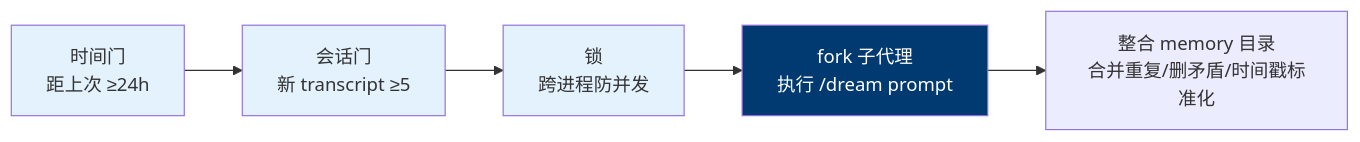
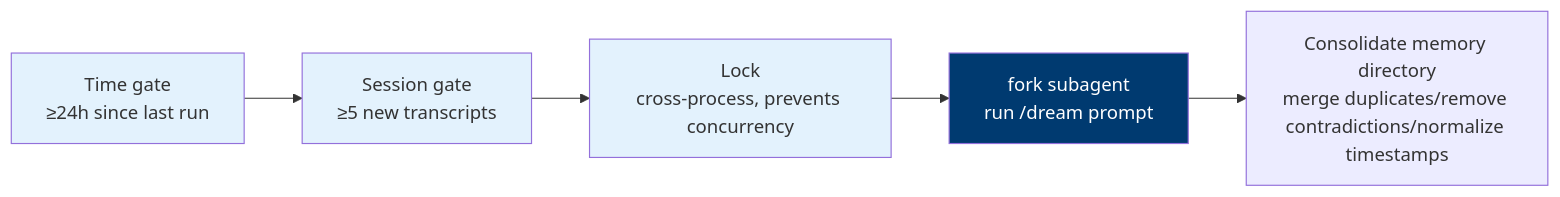
Diagram 15 of 46 in README.md (holny/Agent-Harness-Develop-Book), drawn with Mermaid before and after one commit. The commit also changed other lines of this file and 66 other files, not shown here.

Commit message:
Add English edition (default) with Chinese version, redraw 8 interactive diagrams in English, translate mermaid/ASCII diagrams and code comments

````diff
--- a/README.md
+++ b/README.md
@@ -2814,12 +2869,12 @@
 ```mermaid
 flowchart LR
-    A["时间门<br/>距上次 ≥24h"] --> B["会话门<br/>新 transcript ≥5"]
-    B --> C["锁<br/>跨进程防并发"]
-    C --> D["fork 子代理<br/>执行 /dream prompt"]
-    D --> E["整合 memory 目录<br/>合并重复/删矛盾/时间戳标准化"]
+    A["Time gate<br/>≥24h since last run"] --> B["Session gate<br/>≥5 new transcripts"]
+    B --> C["Lock<br/>cross-process, prevents concurrency"]
+    C --> D["fork subagent<br/>run /dream prompt"]
+    D --> E["Consolidate memory directory<br/>merge duplicates/remove contradictions/normalize timestamps"]
 
     style A fill:#E3F2FD
     style B fill:#E3F2FD
     style C fill:#E3F2FD
     style D fill:#003A70,color:#fff
 ```
````
